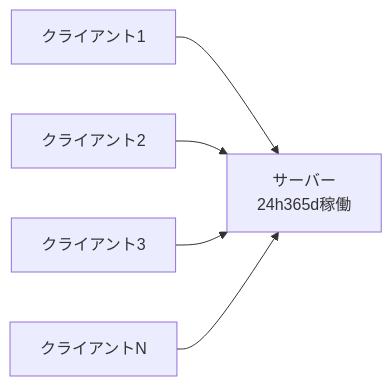
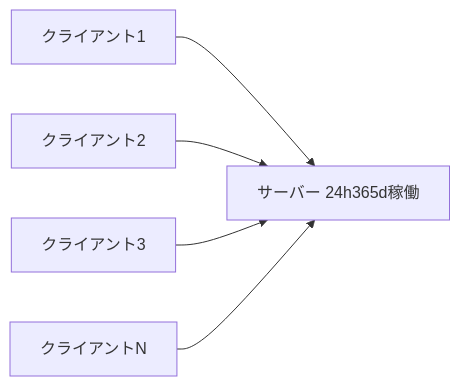
The fifth of 21 diagrams in training/basics.md (x86-unix/docs), drawn with Mermaid before and after one commit. The commit also changed other lines of this file, not shown here.

````diff
--- a/training/basics.md
+++ b/training/basics.md
@@ -131,7 +214,7 @@
 ```mermaid
 graph LR
-    C1[クライアント1] --> S[サーバー<br/>24h365d稼働]
+    C1[クライアント1] --> S["サーバー 24h365d稼働"]
     C2[クライアント2] --> S
     C3[クライアント3] --> S
     C4[クライアントN] --> S
 ```
````
